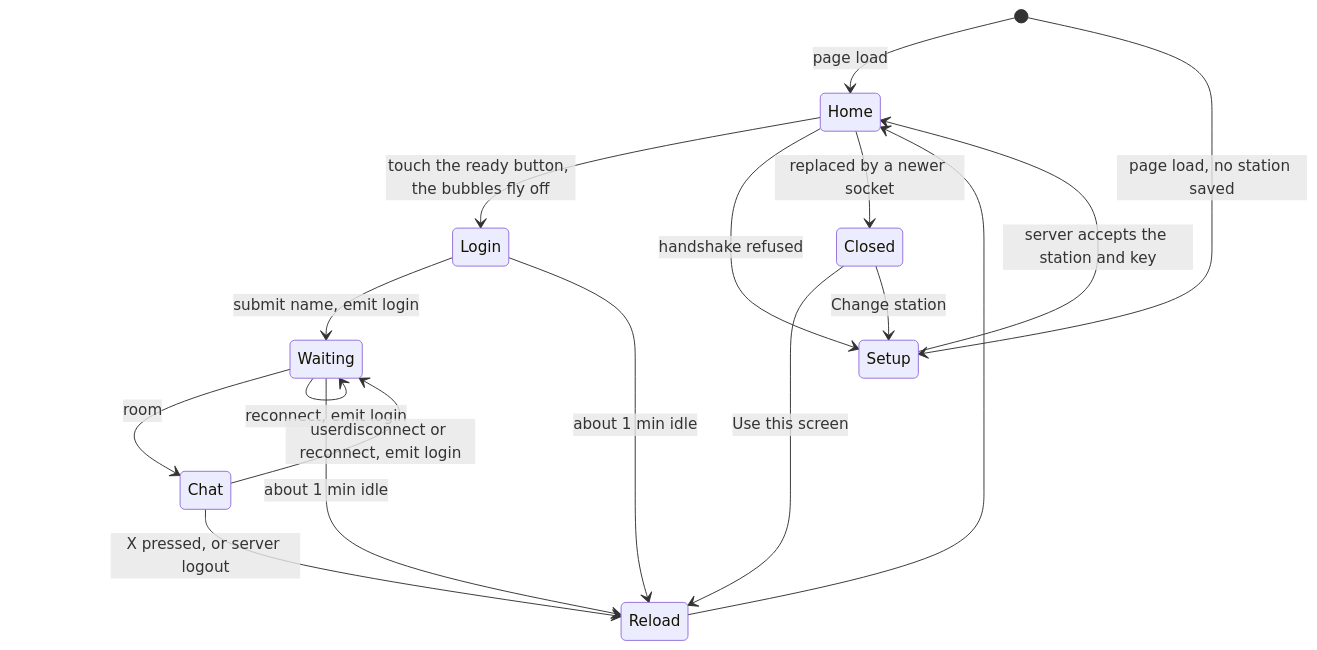
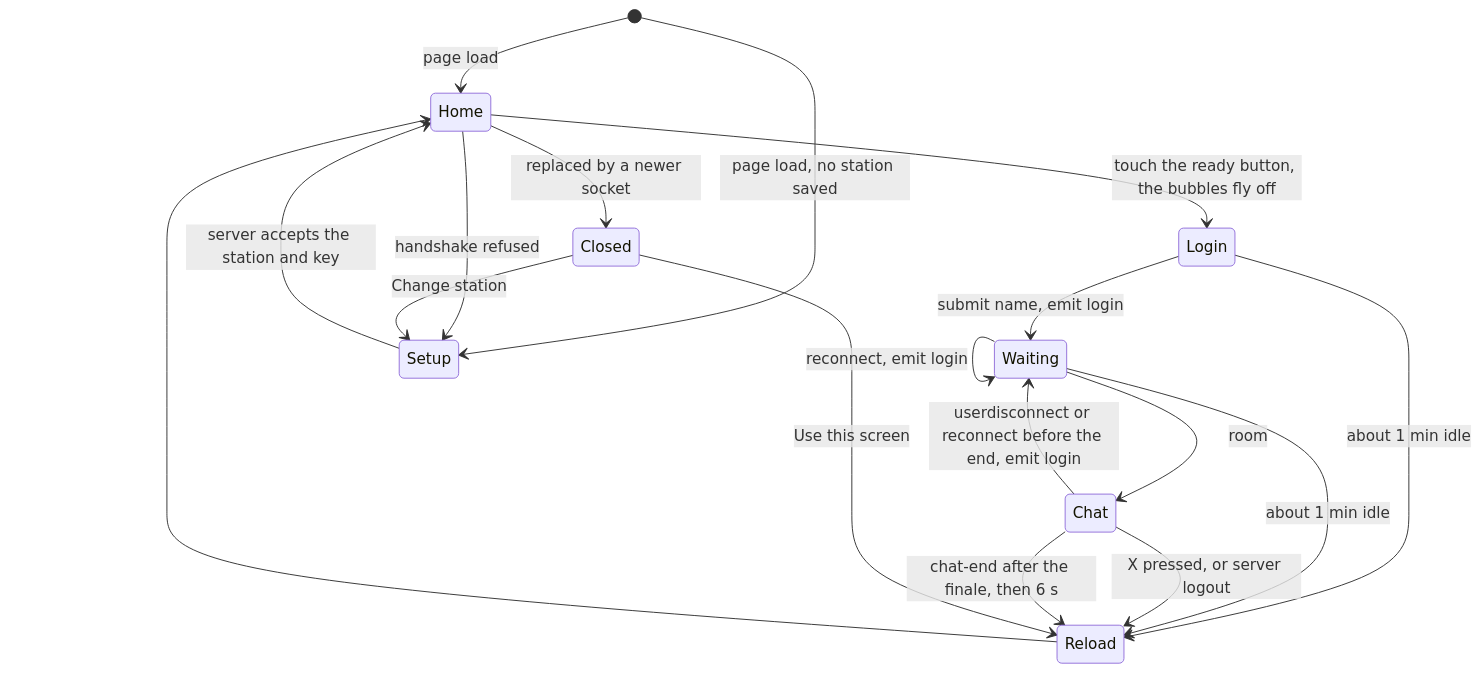
The second of 6 diagrams in architecture.md (partyck/in-between-us), drawn with Mermaid before and after one commit. The commit also changed other lines of this file and 9 other files, not shown here.

````diff
--- a/architecture.md
+++ b/architecture.md
@@ -126,19 +138,20 @@
 ```mermaid
 stateDiagram-v2
     [*] --> Home: page load
     Home --> Login: touch the ready button, the bubbles fly off
     Login --> Waiting: submit name, emit login
     Waiting --> Chat: room
     Waiting --> Waiting: reconnect, emit login
-    Chat --> Waiting: userdisconnect or reconnect, emit login
+    Chat --> Waiting: userdisconnect or reconnect before the end, emit login
     Login --> Reload: about 1 min idle
     Waiting --> Reload: about 1 min idle
     Chat --> Reload: X pressed, or server logout
+    Chat --> Reload: chat-end after the finale, then 6 s
     Reload --> Home
     [*] --> Setup: page load, no station saved
     Setup --> Home: server accepts the station and key
     Home --> Setup: handshake refused
     Home --> Closed: replaced by a newer socket
     Closed --> Reload: Use this screen
     Closed --> Setup: Change station
 ```
````
